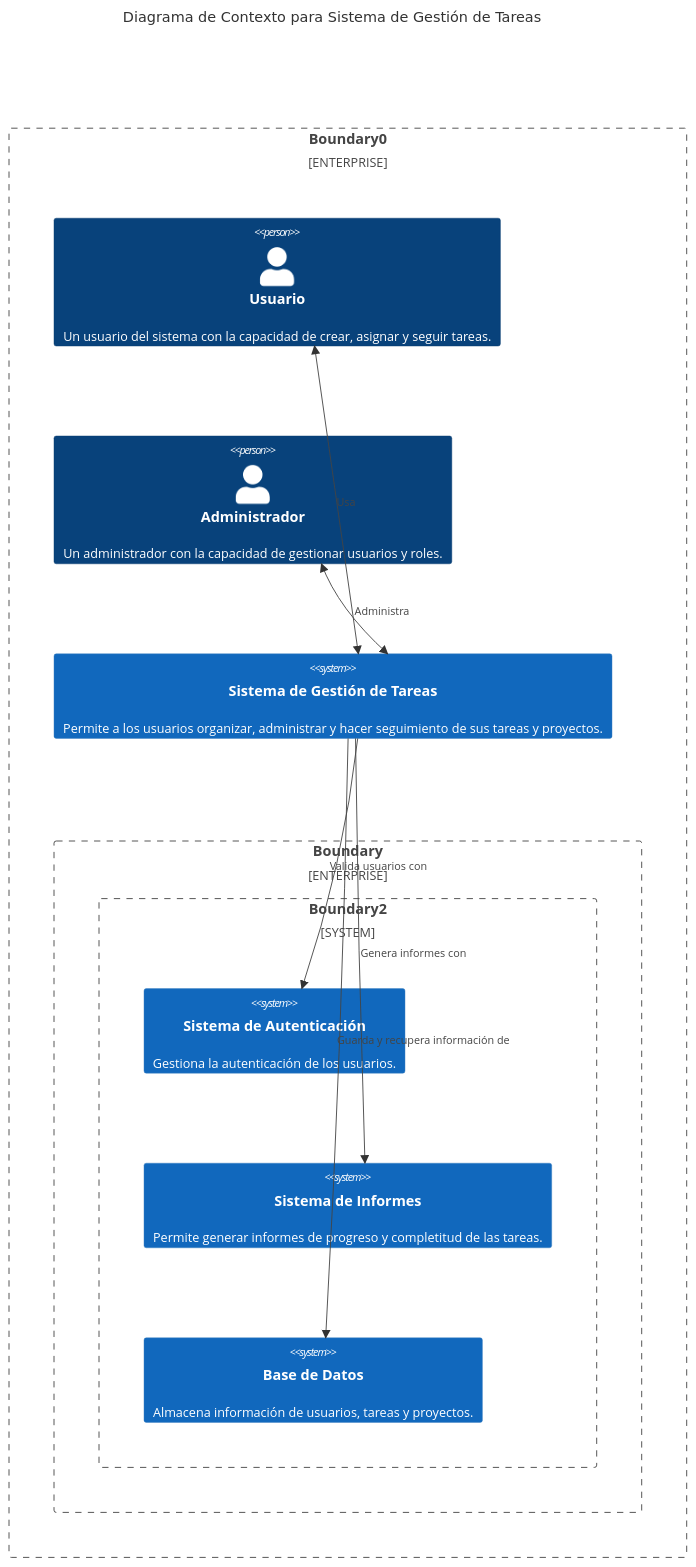
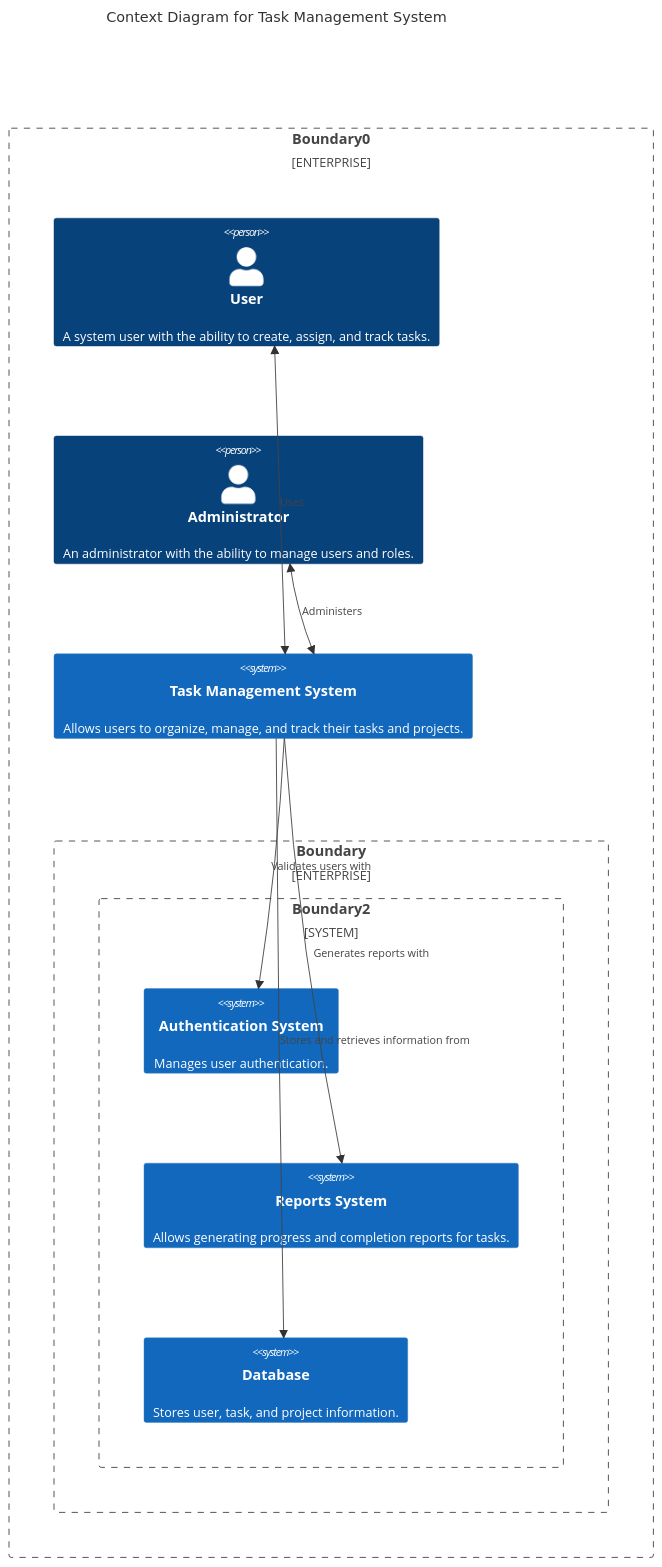
The first of 4 diagrams in README.md (sanurb/task-manager), drawn with Mermaid before and after one commit. The commit also changed other lines of this file, not shown here.

````diff
--- a/README.md
+++ b/README.md
@@ -2,22 +2,22 @@
 ```mermaid
 C4Context
-    title Diagrama de Contexto para Sistema de Gestión de Tareas
+    title Context Diagram for Task Management System
     Enterprise_Boundary(b0, "Boundary0") {
-        Person(usuario, "Usuario", "Un usuario del sistema con la capacidad de crear, asignar y seguir tareas.")
-        Person(administrador, "Administrador", "Un administrador con la capacidad de gestionar usuarios y roles.")
-        System(systemaGestion, "Sistema de Gestión de Tareas", "Permite a los usuarios organizar, administrar y hacer seguimiento de sus tareas y proyectos.")
+        Person(user, "User", "A system user with the ability to create, assign, and track tasks.")
+        Person(administrator, "Administrator", "An administrator with the ability to manage users and roles.")
+        System(taskManagementSystem, "Task Management System", "Allows users to organize, manage, and track their tasks and projects.")
         Enterprise_Boundary(b1, "Boundary") {
             System_Boundary(b2, "Boundary2") {
-                System(sistemaAutenticacion, "Sistema de Autenticación", "Gestiona la autenticación de los usuarios.")
-                System(sistemaInformes, "Sistema de Informes", "Permite generar informes de progreso y completitud de las tareas.")
-                System(sistemaBaseDatos, "Base de Datos", "Almacena información de usuarios, tareas y proyectos.")
+                System(authenticationSystem, "Authentication System", "Manages user authentication.")
+                System(reportsSystem, "Reports System", "Allows generating progress and completion reports for tasks.")
+                System(database, "Database", "Stores user, task, and project information.")
             }
         }
     }
-    BiRel(usuario, systemaGestion, "Usa")
-    BiRel(administrador, systemaGestion, "Administra")
-    Rel(systemaGestion, sistemaAutenticacion, "Valida usuarios con")
-    Rel(systemaGestion, sistemaInformes, "Genera informes con")
-    Rel(systemaGestion, sistemaBaseDatos, "Guarda y recupera información de")
+    BiRel(user, taskManagementSystem, "Uses")
+    BiRel(administrator, taskManagementSystem, "Administers")
+    Rel(taskManagementSystem, authenticationSystem, "Validates users with")
+    Rel(taskManagementSystem, reportsSystem, "Generates reports with")
+    Rel(taskManagementSystem, database, "Stores and retrieves information from")
 
 ```
````
